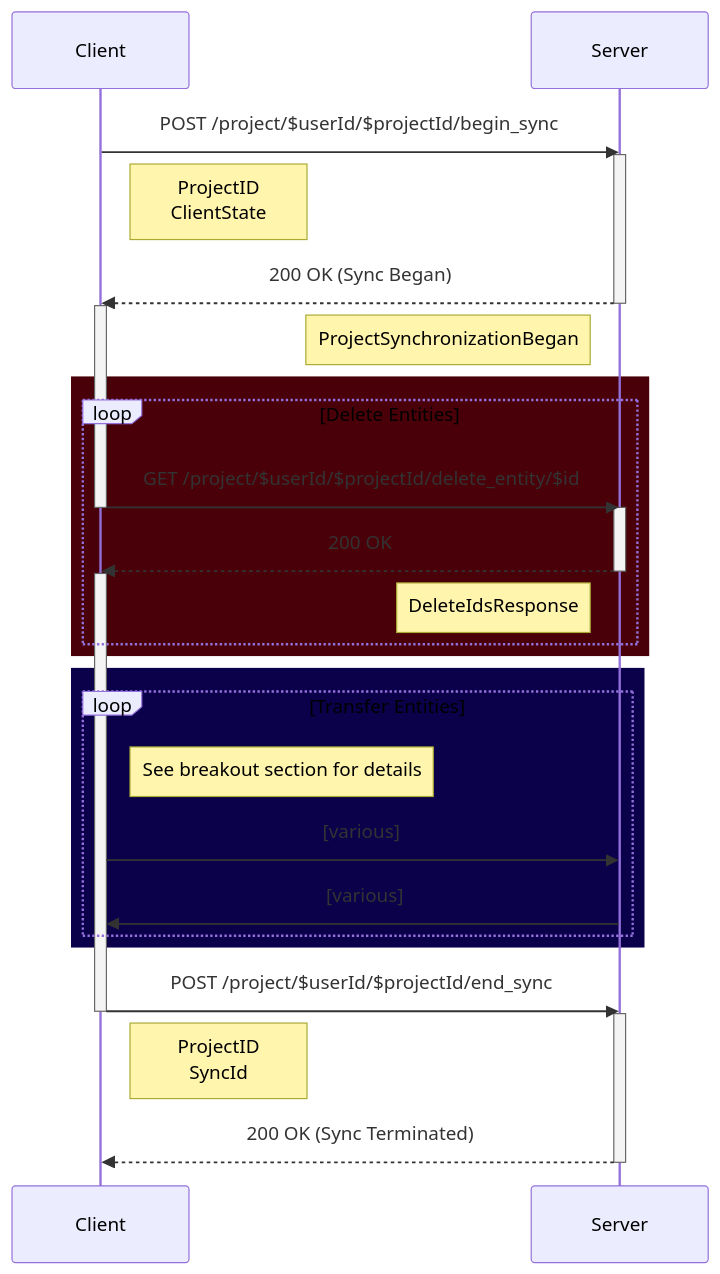
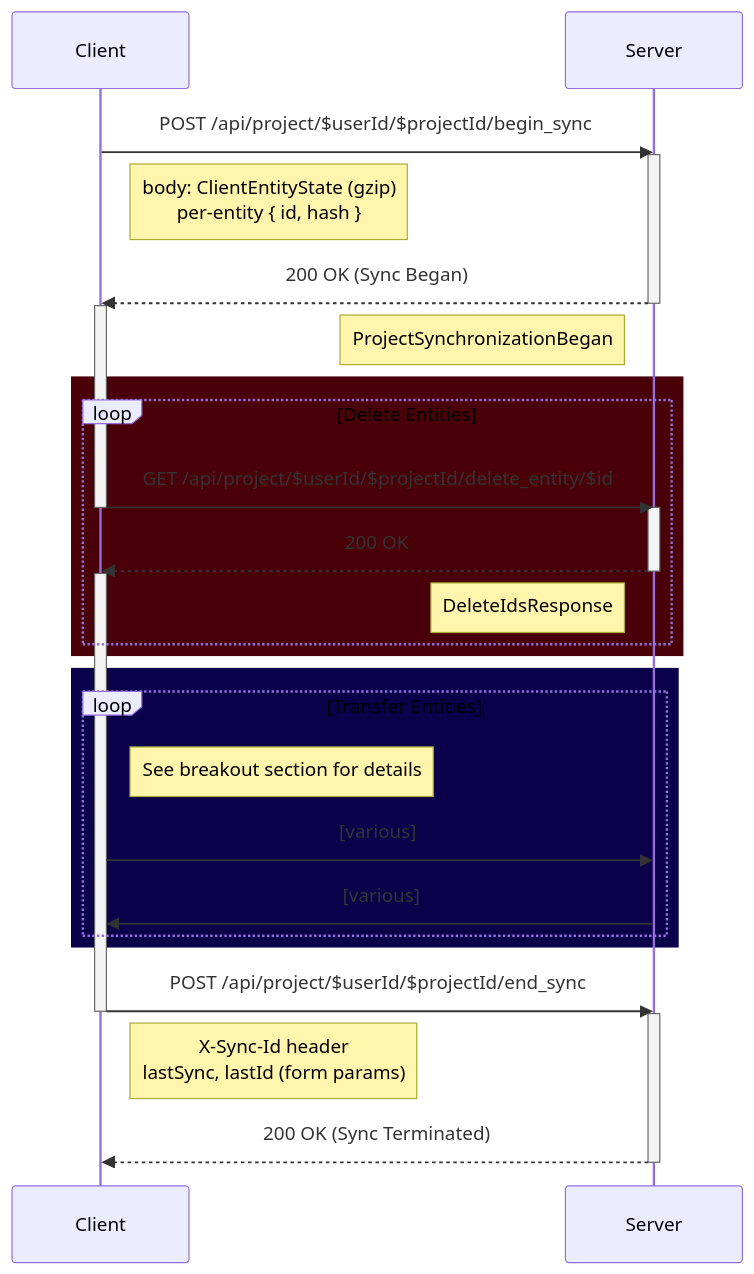
The third of 11 diagrams in docs/SYNCING-PROTOCOL.md (Darkrock-Studios/hammer-editor), drawn with Mermaid before and after one commit. The commit also changed other lines of this file, not shown here.

Commit message:
Correct the sync protocol doc to match the implementation

````diff
--- a/docs/SYNCING-PROTOCOL.md
+++ b/docs/SYNCING-PROTOCOL.md
@@ -213,43 +218,43 @@
 ```mermaid
 sequenceDiagram
     participant Client
     participant Server
 
-    Client->>Server: POST /project/$userId/$projectId/begin_sync
+    Client->>Server: POST /api/project/$userId/$projectId/begin_sync
 	activate Server
-	Note right of Client: ProjectID<br/>ClientState
+	Note right of Client: body: ClientEntityState (gzip)<br/>per-entity { id, hash }
 
 	Server -->> Client: 200 OK (Sync Began)
 	deactivate Server
 	activate Client
 	Note left of Server: ProjectSynchronizationBegan
 
     rect rgb(74, 0, 9)
         loop Delete Entities
-            Client->>Server: GET /project/$userId/$projectId/delete_entity/$id
+            Client->>Server: GET /api/project/$userId/$projectId/delete_entity/$id
             deactivate Client
             activate Server
             
             Server -->> Client: 200 OK
             deactivate Server
             activate Client
             Note left of Server: DeleteIdsResponse
         end
     end
 
     rect rgb(11, 0, 74)
         loop Transfer Entities
         Note right of Client: See breakout section for details
 			Client ->> Server: [various]
 			Server ->> Client: [various]
         end
     end
 
-    Client->>Server: POST /project/$userId/$projectId/end_sync
+    Client->>Server: POST /api/project/$userId/$projectId/end_sync
 	deactivate Client
 	activate Server
-	Note right of Client: ProjectID<br/>SyncId
+	Note right of Client: X-Sync-Id header<br/>lastSync, lastId (form params)
 	Server -->> Client: 200 OK (Sync Terminated)
 	deactivate Server
 	activate Client
 ```
````
